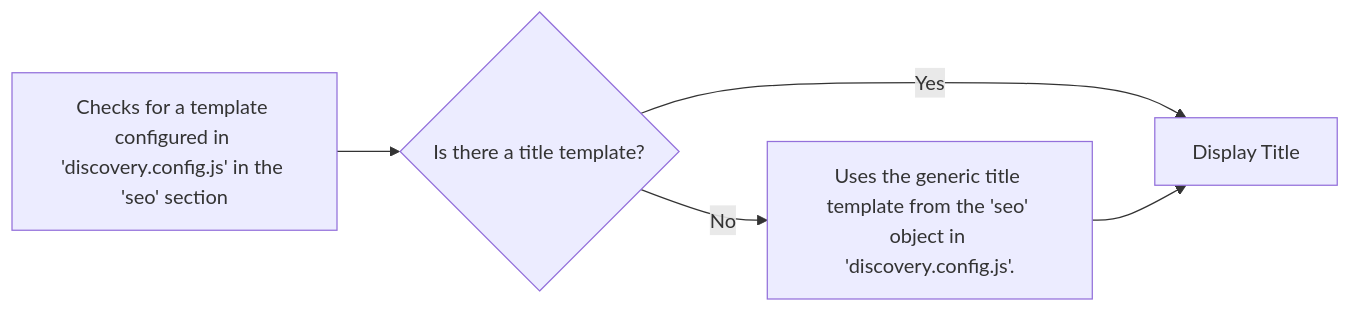
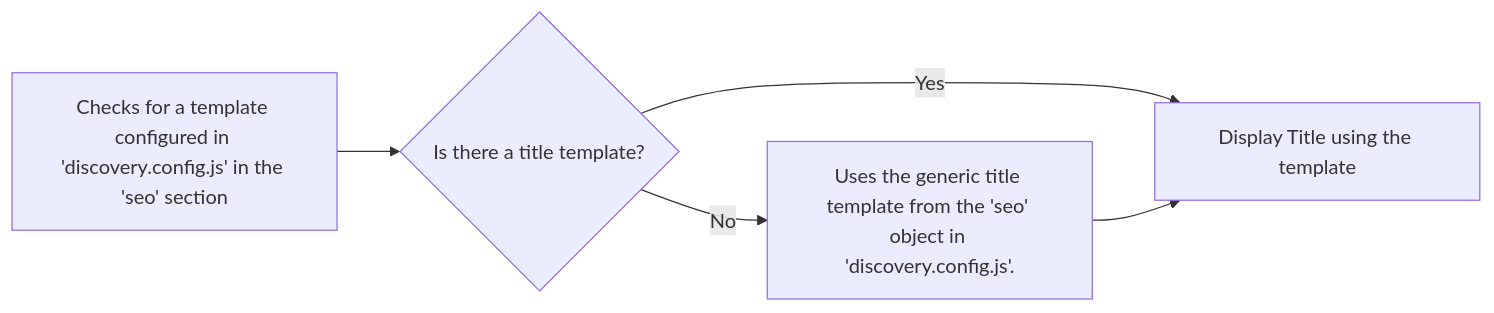
One commit to vtexdocs/dev-portal-content changed the second of 3 diagrams in docs/faststore/docs/managing-performance/managing-lazy-loading-sections-on-plp.mdx. Above: the diagram before and after it, drawn with Mermaid. The commit also changed other lines of this file, not shown here.

````diff
--- a/docs/faststore/docs/managing-performance/managing-lazy-loading-sections-on-plp.mdx
+++ b/docs/faststore/docs/managing-performance/managing-lazy-loading-sections-on-plp.mdx
@@ -37,7 +37,7 @@
 ```mermaid
 graph LR
 A[Checks for a template configured in 'discovery.config.js' in the 'seo' section] --> B{Is there a title template?};
-B -- Yes --> C[Display Title];
+B -- Yes --> C[Display Title using the template];
 B -- No --> D[Uses the generic title template from the 'seo' object in 'discovery.config.js'.];
 D --> C;
 ```
````
